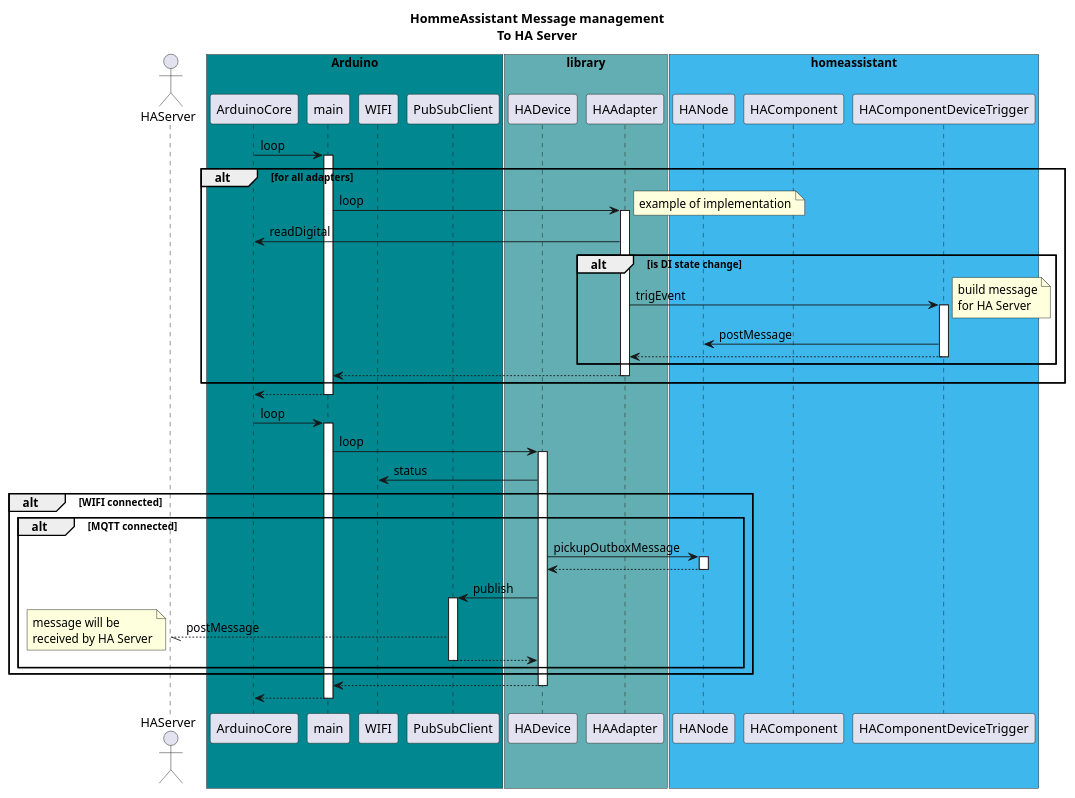
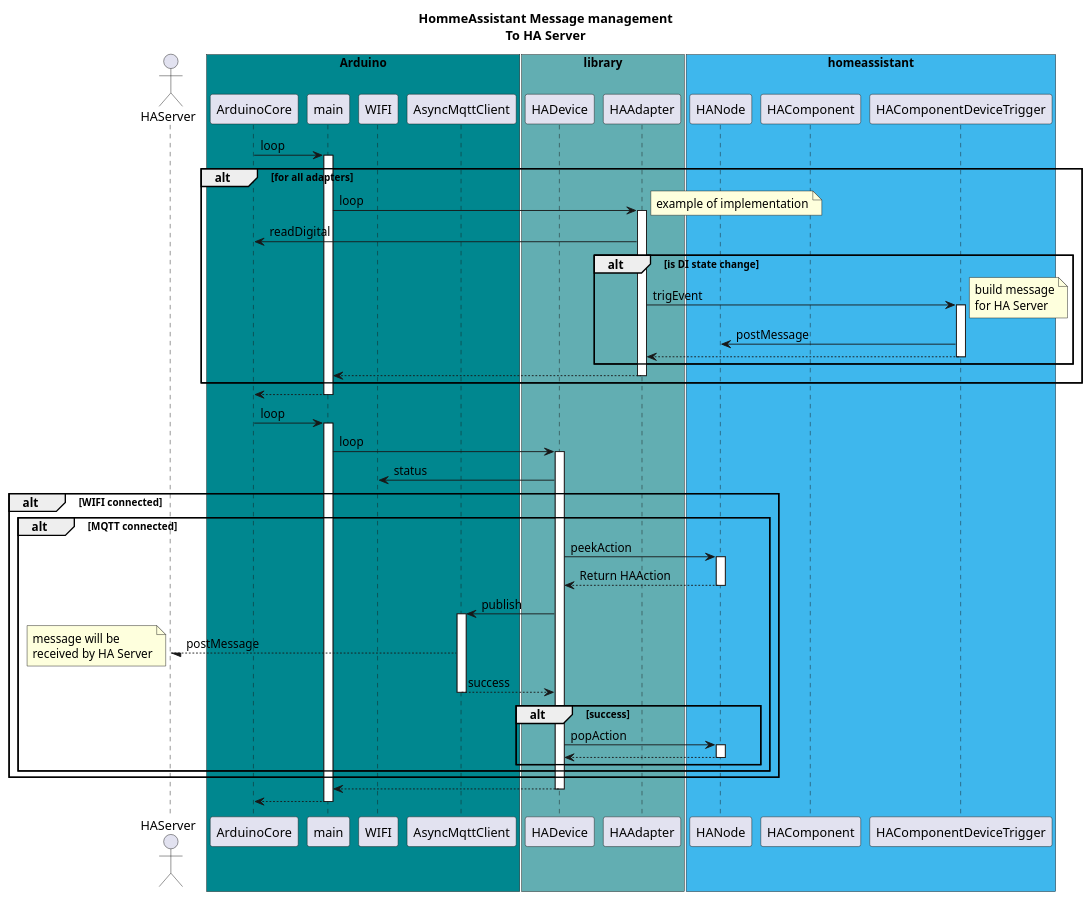
One commit to SBKila/homeassistantlibrary changed the diagram in doc/src/SD_HAMessage_UpStream_plantUML.puml. Above: the diagram before and after it, drawn with PlantUML. The commit also changed 13 other files, not shown here.

```diff
--- a/doc/src/SD_HAMessage_UpStream_plantUML.puml
+++ b/doc/src/SD_HAMessage_UpStream_plantUML.puml
@@ -1,72 +1,76 @@
 @startuml
 title HommeAssistant Message management\nTo HA Server
 
 actor HAServer
 
-
 box "Arduino" #00878F
 participant ArduinoCore
 participant main
 participant WIFI
-participant PubSubClient
+participant AsyncMqttClient
 end box
 
 box "library" #62AEB2
 participant HADevice
 participant HAAdapter
 end box
 
 box "homeassistant" #3eb7ed
 participant HANode
 participant HAComponent
 participant HAComponentDeviceTrigger
 end box
 
 ArduinoCore->main : loop
 activate main
 
 alt for all adapters
     main->HAAdapter : loop
     activate HAAdapter
     note right : example of implementation
     HAAdapter->ArduinoCore : readDigital
     alt is DI state change
         HAAdapter->HAComponentDeviceTrigger : trigEvent
         activate HAComponentDeviceTrigger
         note right : build message\nfor HA Server
         HAComponentDeviceTrigger->HANode : postMessage
         return
     end
     return
 end
 
 ArduinoCore<--main :
 deactivate main
 
 ArduinoCore->main : loop
 activate main
 main->HADevice : loop
 activate HADevice
 
 HADevice->WIFI : status
 alt WIFI connected
     alt MQTT connected
 
-        HADevice->HANode:pickupOutboxMessage
+        HADevice->HANode:peekAction
         activate HANode
-        HADevice<--HANode:
+        HADevice<--HANode: Return HAAction
         deactivate HANode
-        HADevice->PubSubClient:publish
-        activate PubSubClient
-        HAServer\\--PubSubClient:postMessage
+        
+        HADevice->AsyncMqttClient:publish
+        activate AsyncMqttClient
+        HAServer\--AsyncMqttClient:postMessage
         note left : message will be\nreceived by HA Server
-        return
+        return success
+
+        alt success
+            HADevice->HANode:popAction
+            activate HANode
+            return
+        end
 
     end
 end
 
 return
 return
-
-
 @enduml
```
